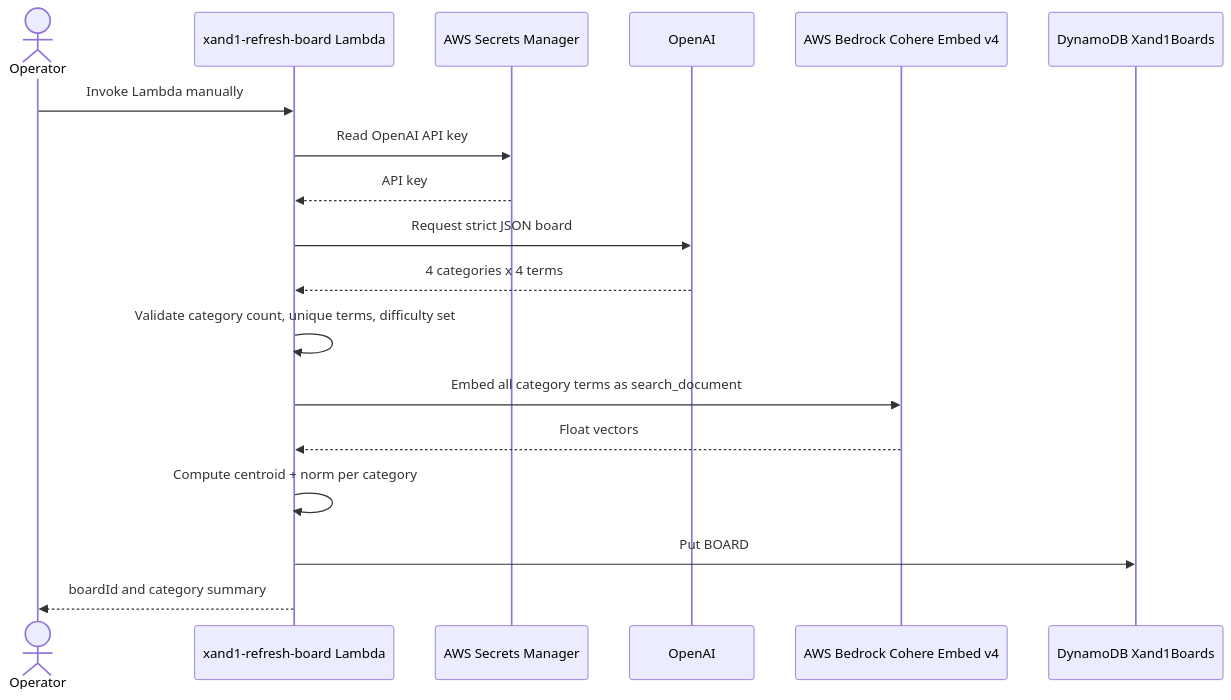
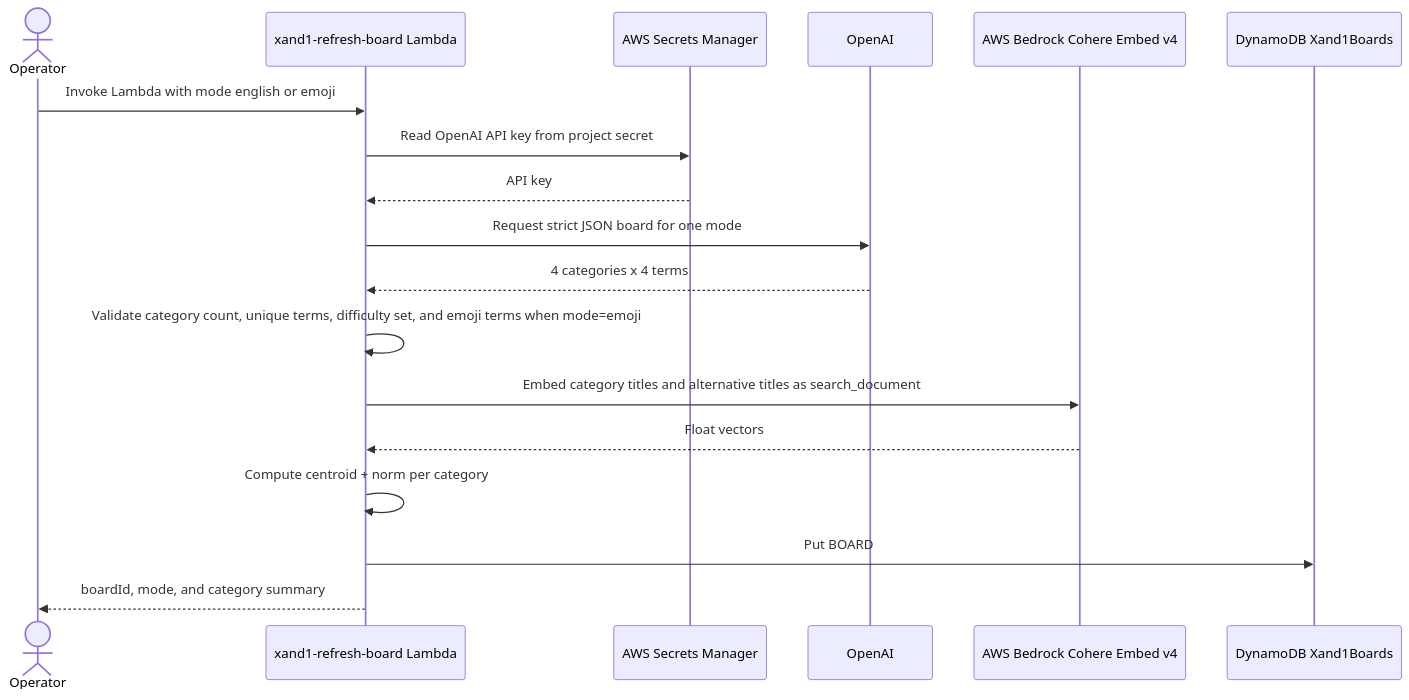
Before and after one commit to nemi-systems/nextjs-portfoliosite: the second of 4 diagrams in projects/xand1/README.md, drawn with Mermaid. The commit also changed other lines of this file and 20 other files, not shown here.

````diff
--- a/projects/xand1/README.md
+++ b/projects/xand1/README.md
@@ -63,21 +62,21 @@
 ```mermaid
 sequenceDiagram
   actor Operator
   participant Refresh as xand1-refresh-board Lambda
   participant Secrets as AWS Secrets Manager
   participant OpenAI
   participant Bedrock as AWS Bedrock Cohere Embed v4
   participant DDB as DynamoDB Xand1Boards
 
-  Operator->>Refresh: Invoke Lambda manually
-  Refresh->>Secrets: Read OpenAI API key
+  Operator->>Refresh: Invoke Lambda with mode english or emoji
+  Refresh->>Secrets: Read OpenAI API key from project secret
   Secrets-->>Refresh: API key
-  Refresh->>OpenAI: Request strict JSON board
+  Refresh->>OpenAI: Request strict JSON board for one mode
   OpenAI-->>Refresh: 4 categories x 4 terms
-  Refresh->>Refresh: Validate category count, unique terms, difficulty set
-  Refresh->>Bedrock: Embed all category terms as search_document
+  Refresh->>Refresh: Validate category count, unique terms, difficulty set, and emoji terms when mode=emoji
+  Refresh->>Bedrock: Embed category titles and alternative titles as search_document
   Bedrock-->>Refresh: Float vectors
   Refresh->>Refresh: Compute centroid + norm per category
-  Refresh->>DDB: Put BOARD#<boardId>/META and ACTIVE/BOARD pointer
-  Refresh-->>Operator: boardId and category summary
+  Refresh->>DDB: Put BOARD#<boardId>/META and ACTIVE/BOARD#<mode> pointer
+  Refresh-->>Operator: boardId, mode, and category summary
 ```
````
